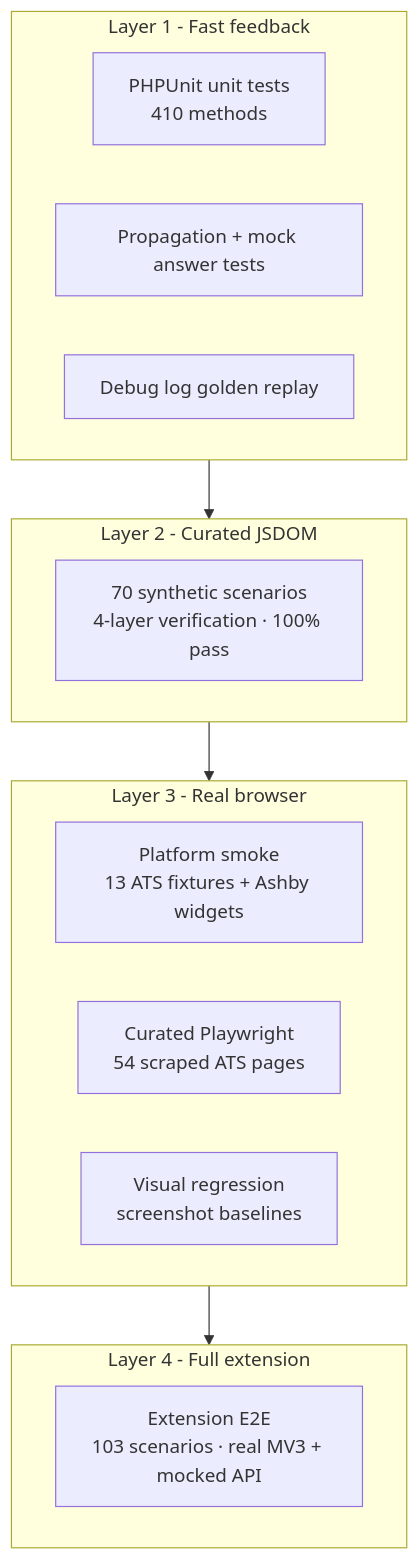
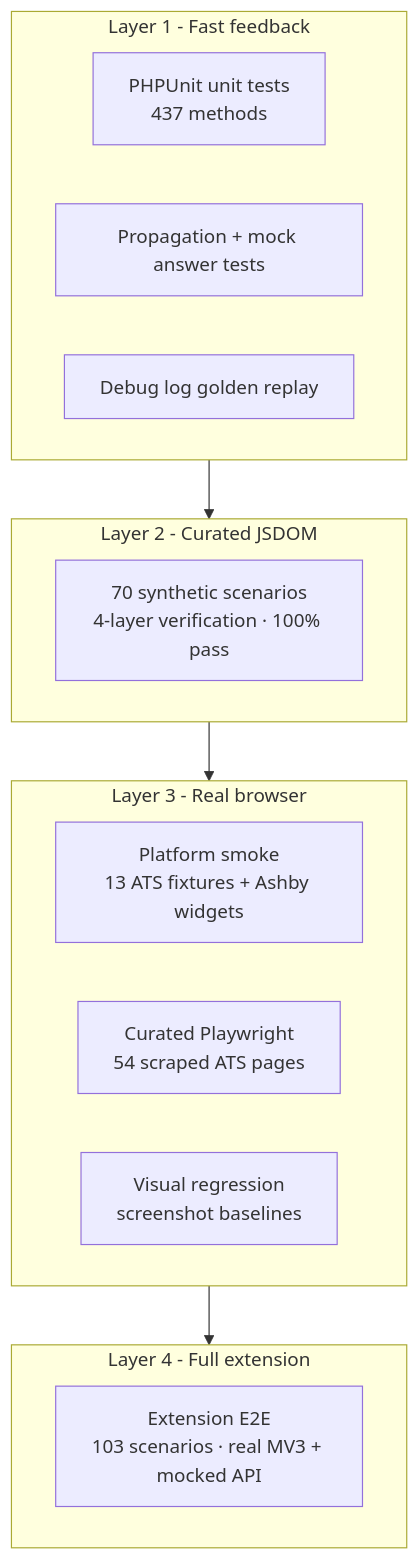
One commit to tmwclaxton/autoapplycv changed the fourth of 5 diagrams in README.md. Above: the diagram before and after it, drawn with Mermaid. The commit also changed other lines of this file and 1 other file, not shown here.

````diff
--- a/README.md
+++ b/README.md
@@ -614,24 +615,24 @@
 ```mermaid
 flowchart TB
     subgraph L1["Layer 1 - Fast feedback"]
-        U["PHPUnit unit tests<br/>410 methods"]
+        U["PHPUnit unit tests<br/>437 methods"]
         P["Propagation + mock answer tests"]
         D["Debug log golden replay"]
     end
 
     subgraph L2["Layer 2 - Curated JSDOM"]
         J["70 synthetic scenarios<br/>4-layer verification · 100% pass"]
     end
 
     subgraph L3["Layer 3 - Real browser"]
         S["Platform smoke<br/>13 ATS fixtures + Ashby widgets"]
         PW["Curated Playwright<br/>54 scraped ATS pages"]
         VR["Visual regression<br/>screenshot baselines"]
     end
 
     subgraph L4["Layer 4 - Full extension"]
         E2E["Extension E2E<br/>103 scenarios · real MV3 + mocked API"]
     end
 
     L1 --> L2 --> L3 --> L4
 ```
````
